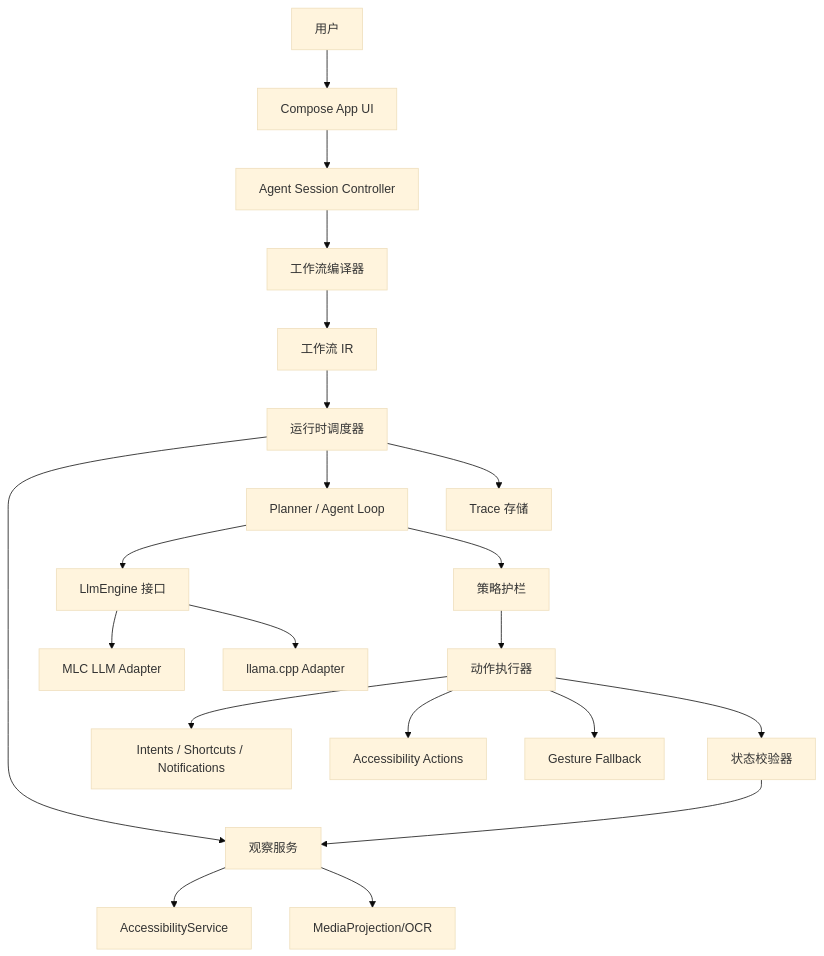
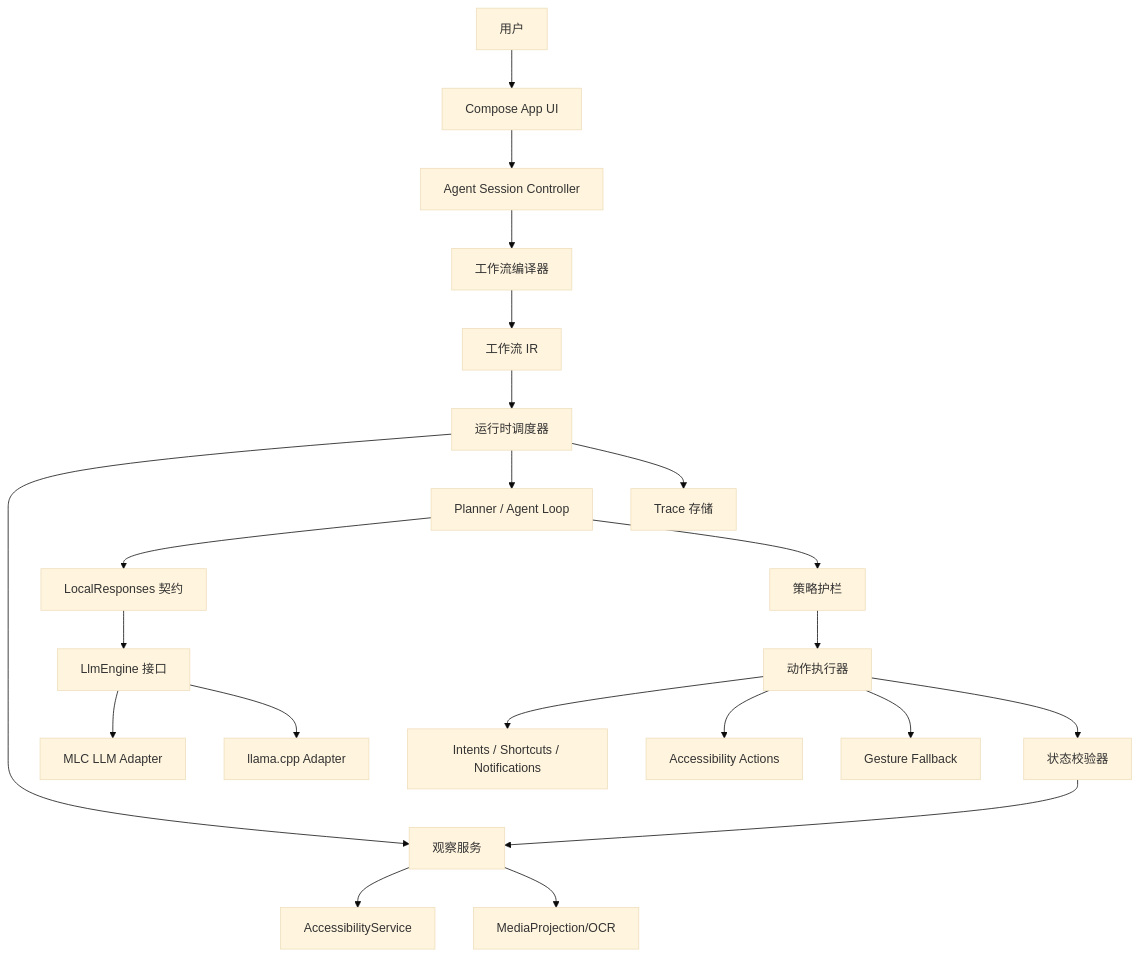
The first of 2 diagrams in docs/architecture.md (KDZZZZZZ/droid-loom), drawn with Mermaid (base theme) before and after one commit. The commit also changed other lines of this file and 3 other files, not shown here.

Commit message:
docs: add local responses abstraction

````diff
--- a/docs/architecture.md
+++ b/docs/architecture.md
@@ -14,27 +14,28 @@
 ```mermaid
 flowchart TD
     User[用户] --> UI[Compose App UI]
     UI --> Session[Agent Session Controller]
     Session --> Compiler[工作流编译器]
     Compiler --> IR[工作流 IR]
     IR --> Scheduler[运行时调度器]
 
     Scheduler --> Observer[观察服务]
     Observer --> A11y[AccessibilityService]
     Observer --> Capture[MediaProjection/OCR]
 
     Scheduler --> Planner[Planner / Agent Loop]
-    Planner --> LLM[LlmEngine 接口]
+    Planner --> Responses[LocalResponses 契约]
+    Responses --> LLM[LlmEngine 接口]
     LLM --> MLC[MLC LLM Adapter]
     LLM --> LLAMA[llama.cpp Adapter]
 
     Planner --> Guard[策略护栏]
     Guard --> Executor[动作执行器]
     Executor --> AndroidAPI[Intents / Shortcuts / Notifications]
     Executor --> A11yAction[Accessibility Actions]
     Executor --> Gestures[Gesture Fallback]
 
     Executor --> Verifier[状态校验器]
     Verifier --> Observer
     Scheduler --> Trace[Trace 存储]
 ```
````
